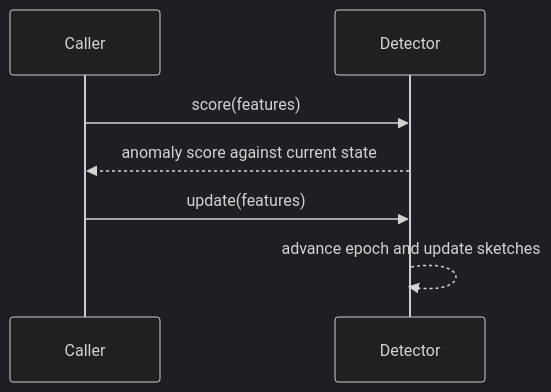
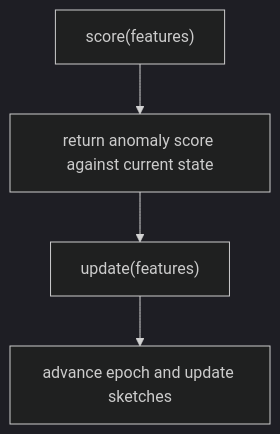
The fourth of 5 diagrams in docs/featuresketch/research.md (Bing-su/rcf3), drawn with Mermaid (dark theme) before and after one commit. The commit also changed other lines of this file, not shown here.

Commit message:
docs(featuresketch): replace LR chart to TD chart

````diff
--- a/docs/featuresketch/research.md
+++ b/docs/featuresketch/research.md
@@ -362,9 +362,9 @@
 ```mermaid
-sequenceDiagram
-    participant Caller
-    participant Detector
-    Caller->>Detector: score(features)
-    Detector-->>Caller: anomaly score against current state
-    Caller->>Detector: update(features)
-    Detector-->>Detector: advance epoch and update sketches
+flowchart TD
+    score["score(features)"]
+    preview["return anomaly score against current state"]
+    update["update(features)"]
+    commit["advance epoch and update sketches"]
+
+    score --> preview --> update --> commit
 ```
````
